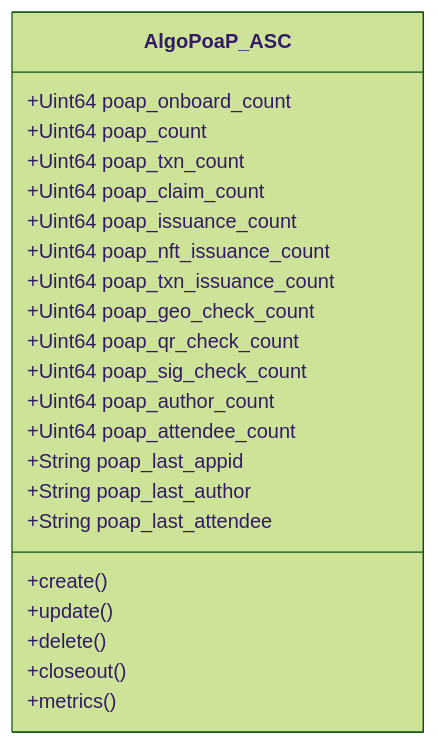
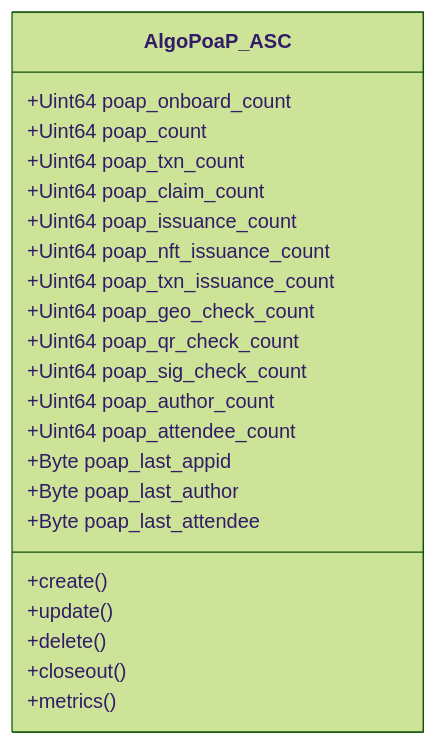
The eighth of 10 diagrams in profile/README.md (GoPlausible/.github), drawn with Mermaid (forest theme) before and after one commit. The commit also changed other lines of this file, not shown here.

````diff
--- a/profile/README.md
+++ b/profile/README.md
@@ -269,27 +269,27 @@
 ```mermaid
   classDiagram
     class AlgoPoaP_ASC
     AlgoPoaP_ASC : +Uint64 poap_onboard_count
     AlgoPoaP_ASC : +Uint64 poap_count
     AlgoPoaP_ASC : +Uint64 poap_txn_count
     AlgoPoaP_ASC : +Uint64 poap_claim_count
     AlgoPoaP_ASC : +Uint64 poap_issuance_count
     AlgoPoaP_ASC : +Uint64 poap_nft_issuance_count
     AlgoPoaP_ASC : +Uint64 poap_txn_issuance_count
 
     AlgoPoaP_ASC : +Uint64 poap_geo_check_count
     AlgoPoaP_ASC : +Uint64 poap_qr_check_count
     AlgoPoaP_ASC : +Uint64 poap_sig_check_count
 
     AlgoPoaP_ASC : +Uint64 poap_author_count
     AlgoPoaP_ASC : +Uint64 poap_attendee_count
-    AlgoPoaP_ASC : +String poap_last_appid
-    AlgoPoaP_ASC : +String poap_last_author
-    AlgoPoaP_ASC : +String poap_last_attendee
+    AlgoPoaP_ASC : +Byte poap_last_appid
+    AlgoPoaP_ASC : +Byte poap_last_author
+    AlgoPoaP_ASC : +Byte poap_last_attendee
     AlgoPoaP_ASC : +create()
     AlgoPoaP_ASC : +update()
     AlgoPoaP_ASC : +delete()
     AlgoPoaP_ASC : +closeout()
     AlgoPoaP_ASC : +metrics()
     
 ```
````
